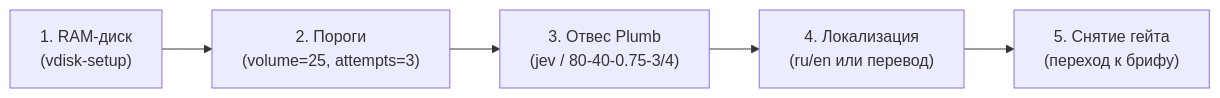
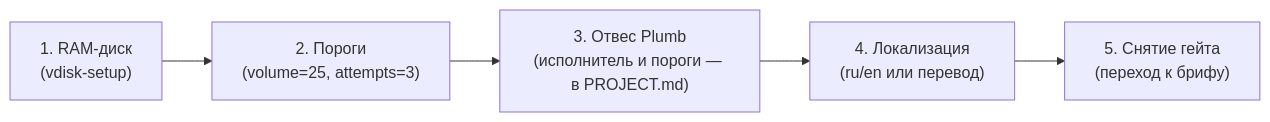
Before and after one commit to FormaMindPro/formamind: the second of 2 diagrams in skills/forma/core/manual/ru/03-protocol/FUNCTIONS.md, drawn with Mermaid. The commit also changed other lines of this file and 58 other files, not shown here.

````diff
--- a/skills/forma/core/manual/ru/03-protocol/FUNCTIONS.md
+++ b/skills/forma/core/manual/ru/03-protocol/FUNCTIONS.md
@@ -77,7 +77,7 @@
 ```mermaid
 flowchart LR
     S1["1. RAM-диск<br/>(vdisk-setup)"] --> S2["2. Пороги<br/>(volume=25, attempts=3)"]
-    S2 --> S3["3. Отвес Plumb<br/>(jev / 80-40-0.75-3/4)"]
+    S2 --> S3["3. Отвес Plumb<br/>(исполнитель и пороги — в PROJECT.md)"]
     S3 --> S4["4. Локализация<br/>(ru/en или перевод)"]
     S4 --> S5["5. Снятие гейта<br/>(переход к брифу)"]
 ```
````
